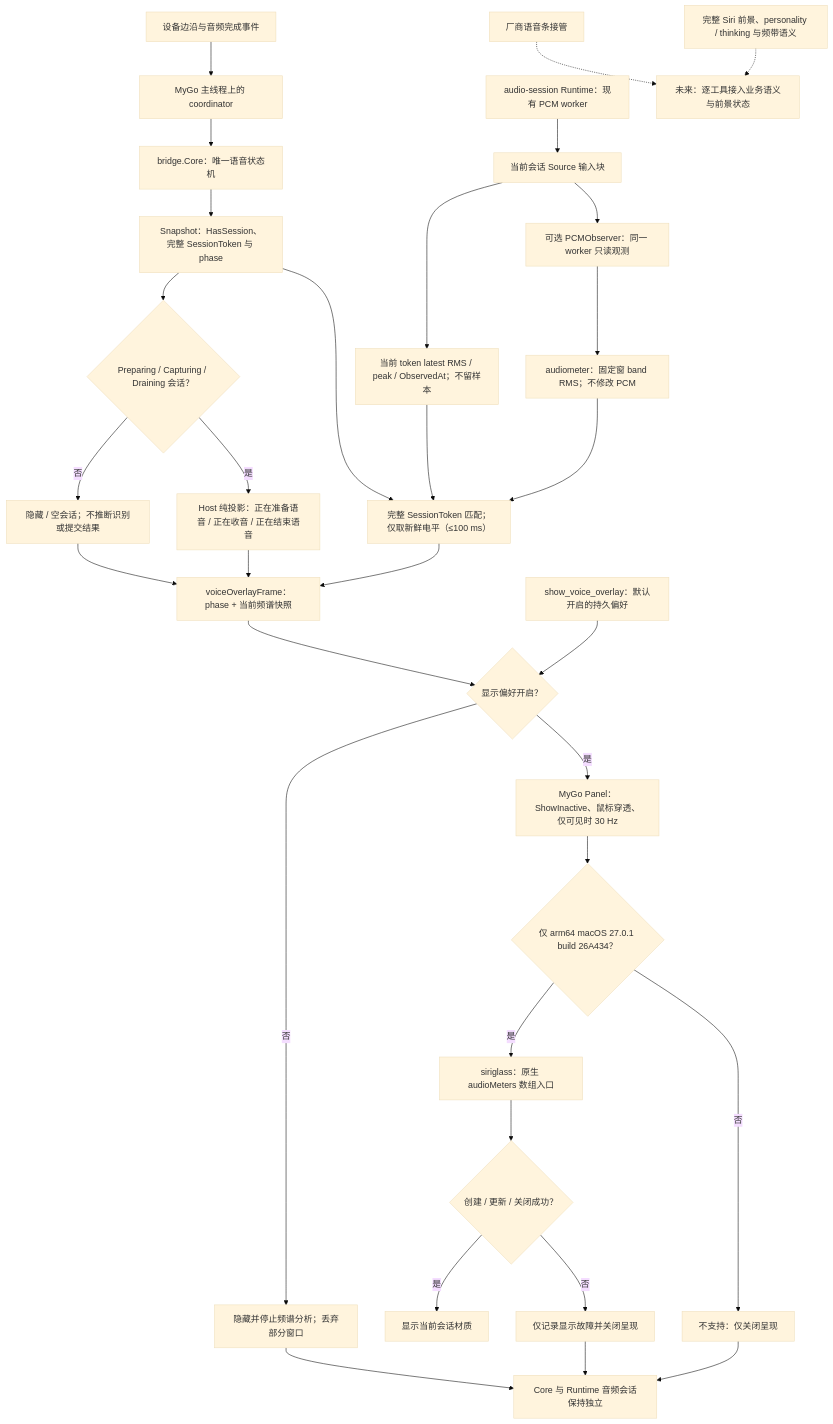
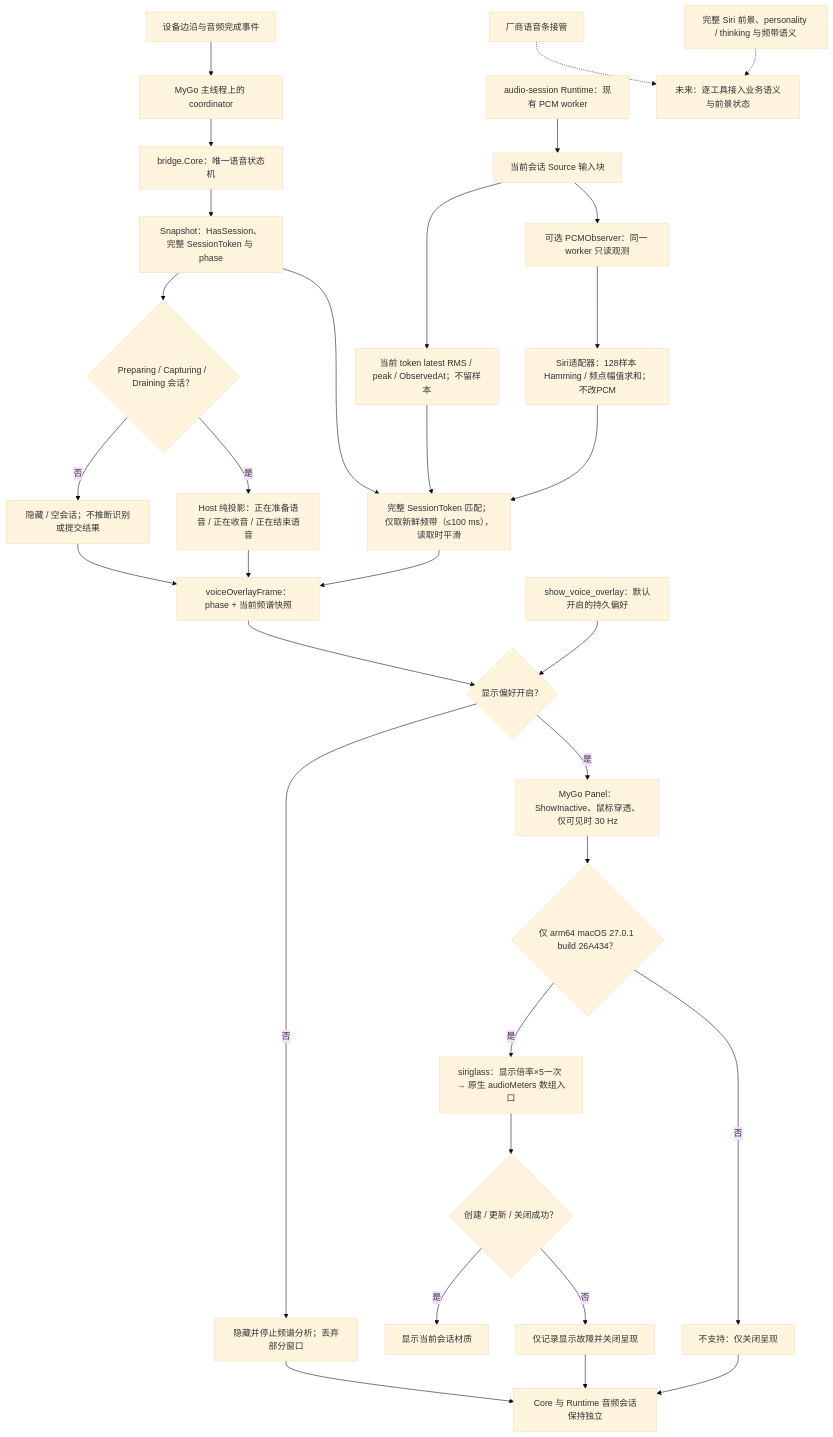
The diagram in tools/workbench/diagrams/voice-presentation-boundary.mmd (daftAI2026/MiMac), drawn with Mermaid (base theme) before and after one commit. The commit also changed 19 other files, not shown here.

First line of the commit message:
fix: replace RMS display approximation with native spectrum contract

```diff
--- a/tools/workbench/diagrams/voice-presentation-boundary.mmd
+++ b/tools/workbench/diagrams/voice-presentation-boundary.mmd
@@ -1,35 +1,35 @@
 flowchart TD
     input["设备边沿与音频完成事件"] --> owner["MyGo 主线程上的 coordinator"]
     owner --> core["bridge.Core：唯一语音状态机"]
     core --> snapshot["Snapshot：HasSession、完整 SessionToken 与 phase"]
     snapshot --> active{"Preparing / Capturing / Draining 会话？"}
     active -->|否| idle["隐藏 / 空会话；不推断识别或提交结果"]
     active -->|是| phase["Host 纯投影：正在准备语音 / 正在收音 / 正在结束语音"]
 
     runtime["audio-session Runtime：现有 PCM worker"] --> source["当前会话 Source 输入块"]
     source --> meter["当前 token latest RMS / peak / ObservedAt；不留样本"]
     source --> observer["可选 PCMObserver：同一 worker 只读观测"]
-    observer --> spectrum["audiometer：固定窗 band RMS；不修改 PCM"]
-    snapshot --> match["完整 SessionToken 匹配；仅取新鲜电平（≤100 ms）"]
+    observer --> spectrum["Siri适配器：128样本 Hamming / 频点幅值求和；不改PCM"]
+    snapshot --> match["完整 SessionToken 匹配；仅取新鲜频带（≤100 ms），读取时平滑"]
     meter --> match
     spectrum --> match
     phase --> frame["voiceOverlayFrame：phase + 当前频谱快照"]
     match --> frame
     idle --> frame
 
     preference["show_voice_overlay：默认开启的持久偏好"] --> enabled{"显示偏好开启？"}
     frame --> enabled
     enabled -->|否| hidden["隐藏并停止频谱分析；丢弃部分窗口"]
     enabled -->|是| panel["MyGo Panel：ShowInactive、鼠标穿透、仅可见时 30 Hz"]
     panel --> gate{"仅 arm64 macOS 27.0.1 build 26A434？"}
-    gate -->|是| renderer["siriglass：原生 audioMeters 数组入口"]
+    gate -->|是| renderer["siriglass：显示倍率×5一次 → 原生 audioMeters 数组入口"]
     gate -->|否| unsupported["不支持：仅关闭呈现"]
     renderer --> operation{"创建 / 更新 / 关闭成功？"}
     operation -->|是| material["显示当前会话材质"]
     operation -->|否| failure["仅记录显示故障并关闭呈现"]
     hidden --> audio["Core 与 Runtime 音频会话保持独立"]
     unsupported --> audio
     failure --> audio
 
     vendor["厂商语音条接管"] -.-> future["未来：逐工具接入业务语义与前景状态"]
     siri["完整 Siri 前景、personality / thinking 与频带语义"] -.-> future
```
